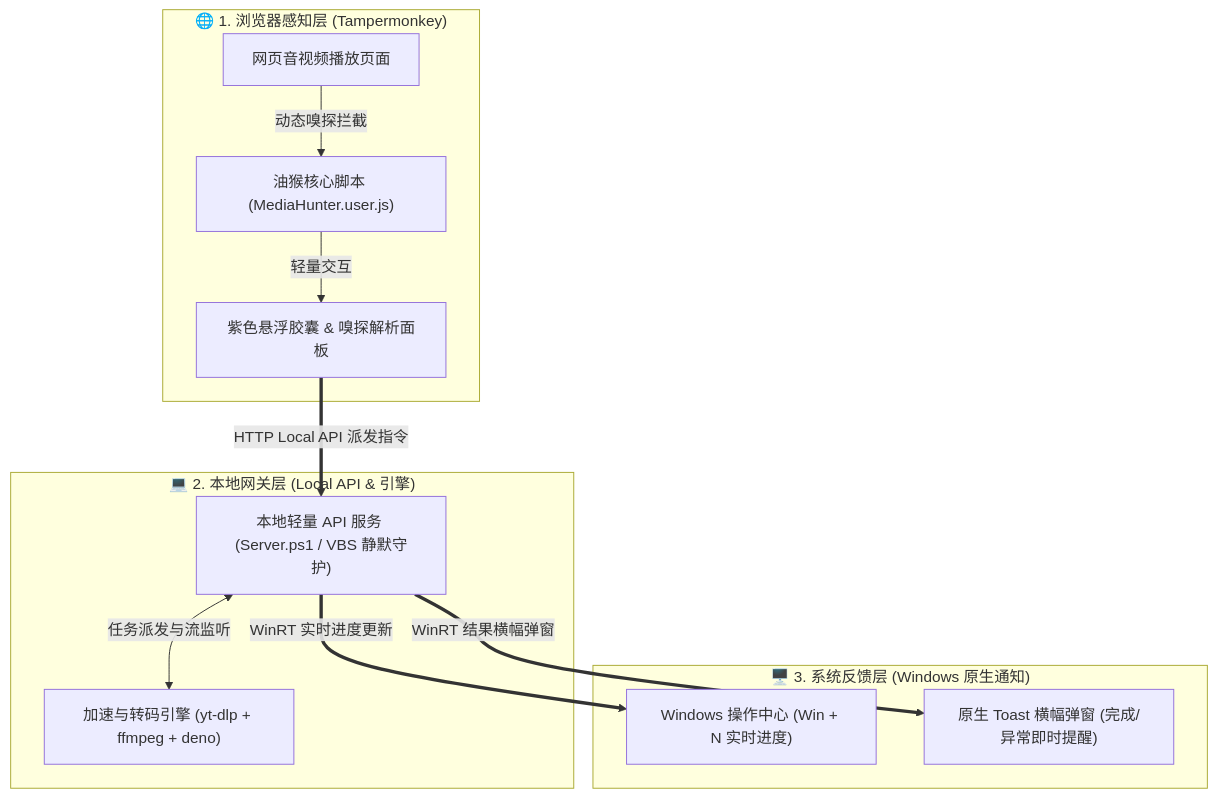
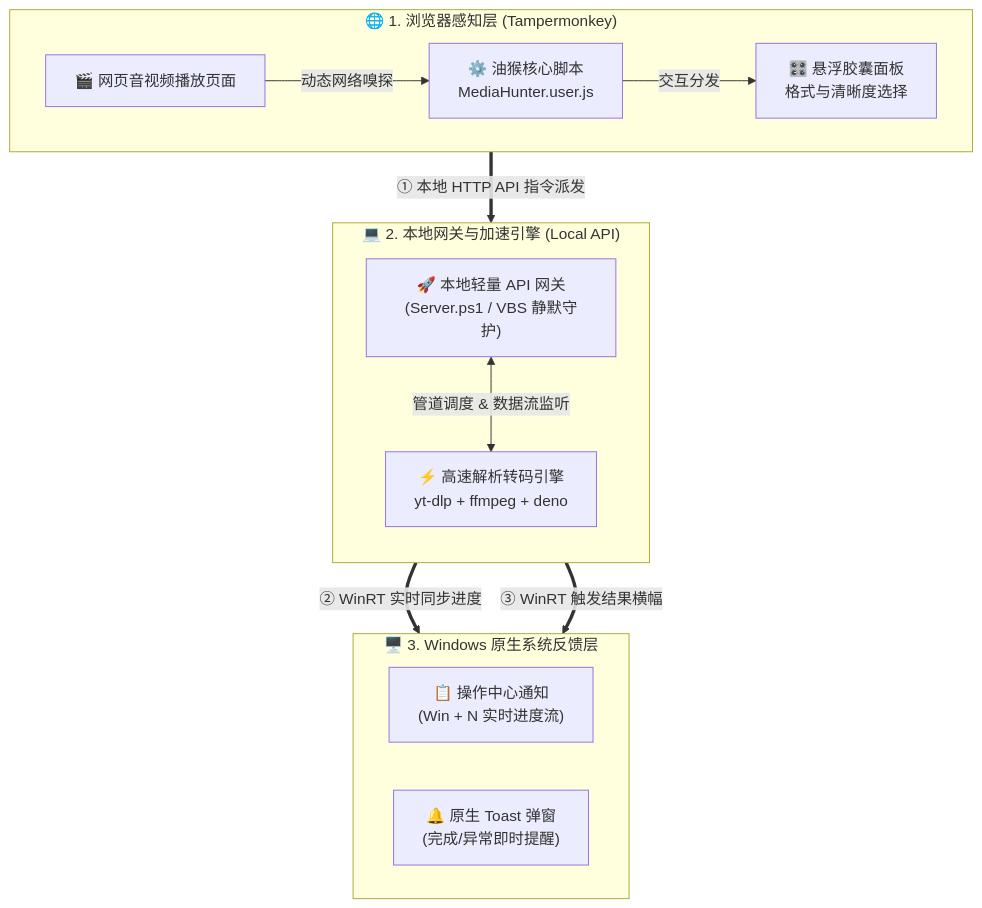
One commit to yudong2ao/yudong2ao.github.io changed the diagram in src/content/posts/media-hunter.md. Above: the diagram before and after it, drawn with Mermaid. The commit also changed 7 other files, not shown here.

Commit message:
feat: 全面重构博文流程图与架构图并默认200%全屏高清放大

````diff
--- a/src/content/posts/media-hunter.md
+++ b/src/content/posts/media-hunter.md
@@ -48,22 +48,25 @@
 ```mermaid
 flowchart TD
     subgraph Browser ["🌐 1. 浏览器感知层 (Tampermonkey)"]
-        Page["网页音视频播放页面"] --> |动态嗅探拦截| Hook["油猴核心脚本 (MediaHunter.user.js)"]
-        Hook --> |轻量交互| UI["紫色悬浮胶囊 & 嗅探解析面板"]
+        direction LR
+        P1["🎬 网页音视频播放页面"] -->|动态网络嗅探| P2["⚙️ 油猴核心脚本<br/>MediaHunter.user.js"]
+        P2 -->|交互分发| P3["🎛️ 悬浮胶囊面板<br/>格式与清晰度选择"]
     end
 
-    subgraph LocalGateway ["💻 2. 本地网关层 (Local API & 引擎)"]
-        Server["本地轻量 API 服务 (Server.ps1 / VBS 静默守护)"]
-        Engine["加速与转码引擎 (yt-dlp + ffmpeg + deno)"]
-        Server <--> |任务派发与流监听| Engine
+    subgraph LocalGateway ["💻 2. 本地网关与加速引擎 (Local API)"]
+        direction TB
+        Server["🚀 本地轻量 API 网关<br/>(Server.ps1 / VBS 静默守护)"]
+        Engine["⚡ 高速解析转码引擎<br/>yt-dlp + ffmpeg + deno"]
+        Server <-->|管道调度 & 数据流监听| Engine
     end
 
-    subgraph SystemUI ["🖥️ 3. 系统反馈层 (Windows 原生通知)"]
-        ActionCenter["Windows 操作中心 (Win + N 实时进度)"]
-        Toast["原生 Toast 横幅弹窗 (完成/异常即时提醒)"]
+    subgraph SystemUI ["🖥️ 3. Windows 原生系统反馈层"]
+        direction LR
+        ActionCenter["📋 操作中心通知<br/>(Win + N 实时进度流)"]
+        Toast["🔔 原生 Toast 弹窗<br/>(完成/异常即时提醒)"]
     end
 
-    UI ==> |HTTP Local API 派发指令| Server
-    Server ==> |WinRT 实时进度更新| ActionCenter
-    Server ==> |WinRT 结果横幅弹窗| Toast
+    P3 ==> |① 本地 HTTP API 指令派发| Server
+    Server ==> |② WinRT 实时同步进度| ActionCenter
+    Server ==> |③ WinRT 触发结果横幅| Toast
 ```
````
